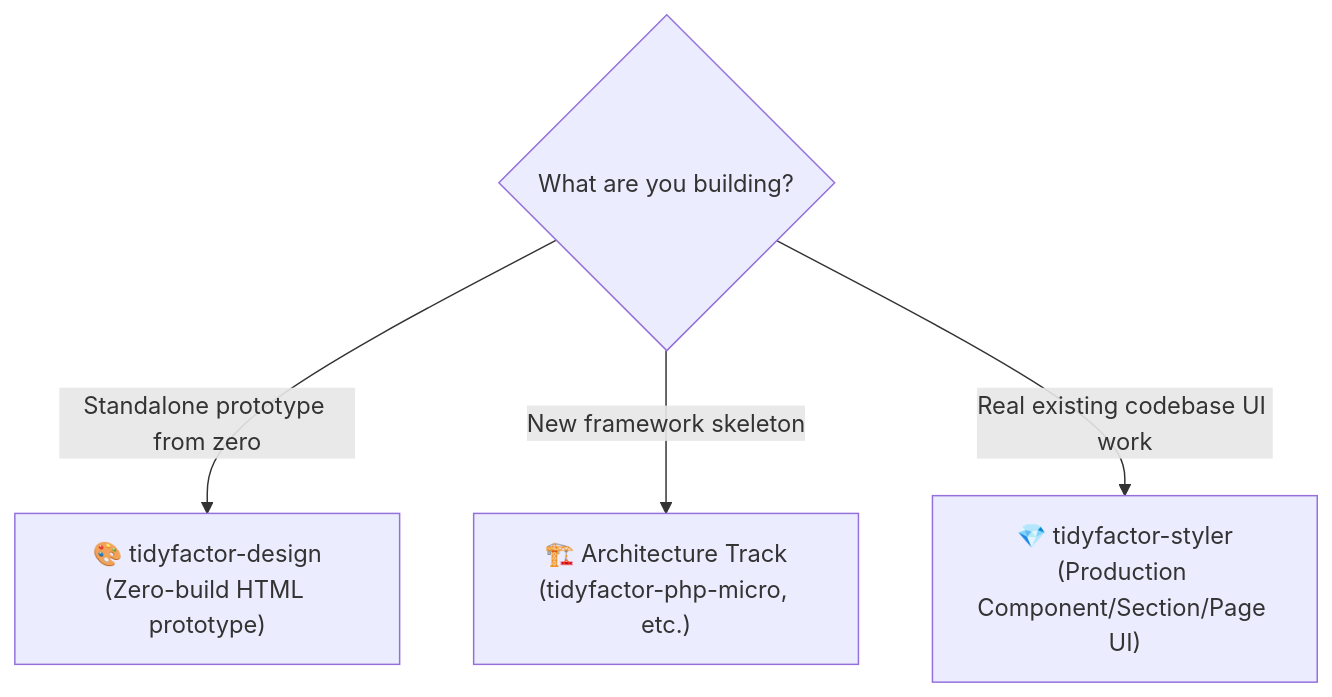
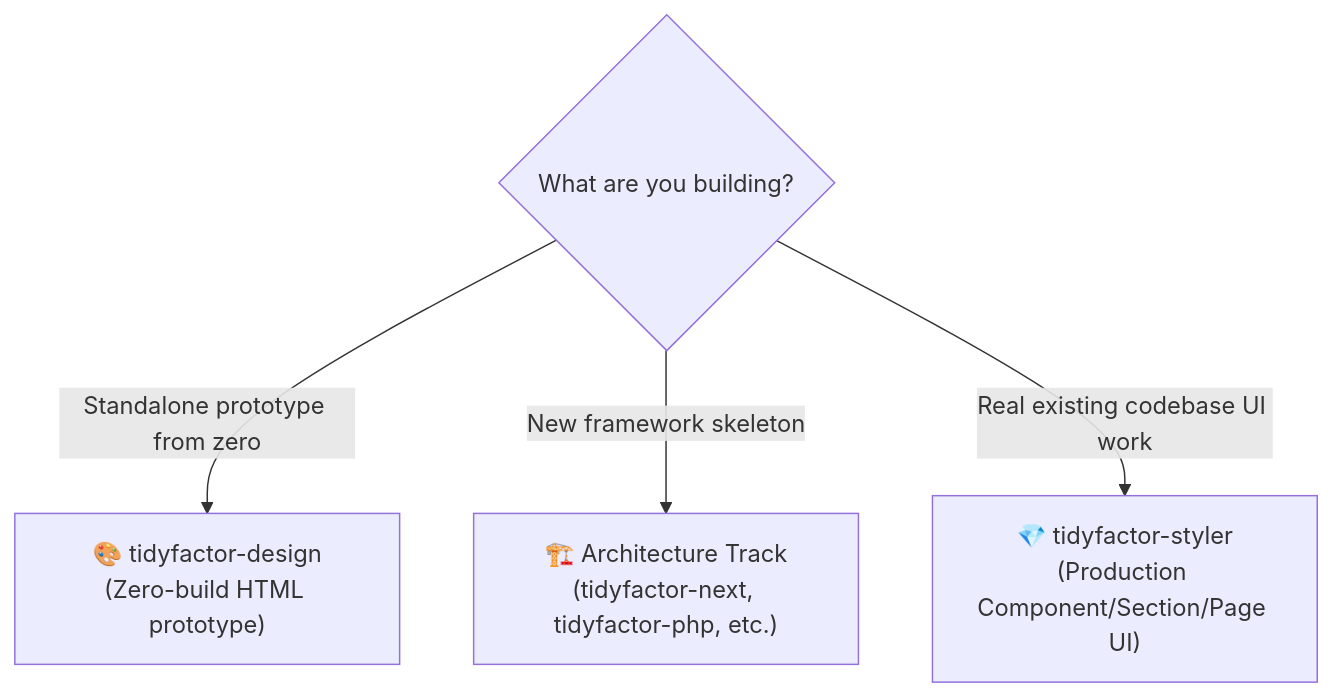
Before and after one commit to TidyFactor/Styler: the first of 2 diagrams in README.md, drawn with Mermaid. The commit also changed other lines of this file and 14 other files, not shown here.

Commit message:
feat(assets): enhance GitHub social card, demo graphics, and community README documentation

````diff
--- a/README.md
+++ b/README.md
@@ -27,7 +87,7 @@
 ```mermaid
 graph TD
     Intent{"What are you building?"}
     Intent -->|"Standalone prototype from zero"| D["🎨 tidyfactor-design<br/>(Zero-build HTML prototype)"]
-    Intent -->|"New framework skeleton"| S["🏗️ Architecture Track<br/>(tidyfactor-php-micro, etc.)"]
+    Intent -->|"New framework skeleton"| S["🏗️ Architecture Track<br/>(tidyfactor-next, tidyfactor-php, etc.)"]
     Intent -->|"Real existing codebase UI work"| ST["💎 tidyfactor-styler<br/>(Production Component/Section/Page UI)"]
 ```
````
